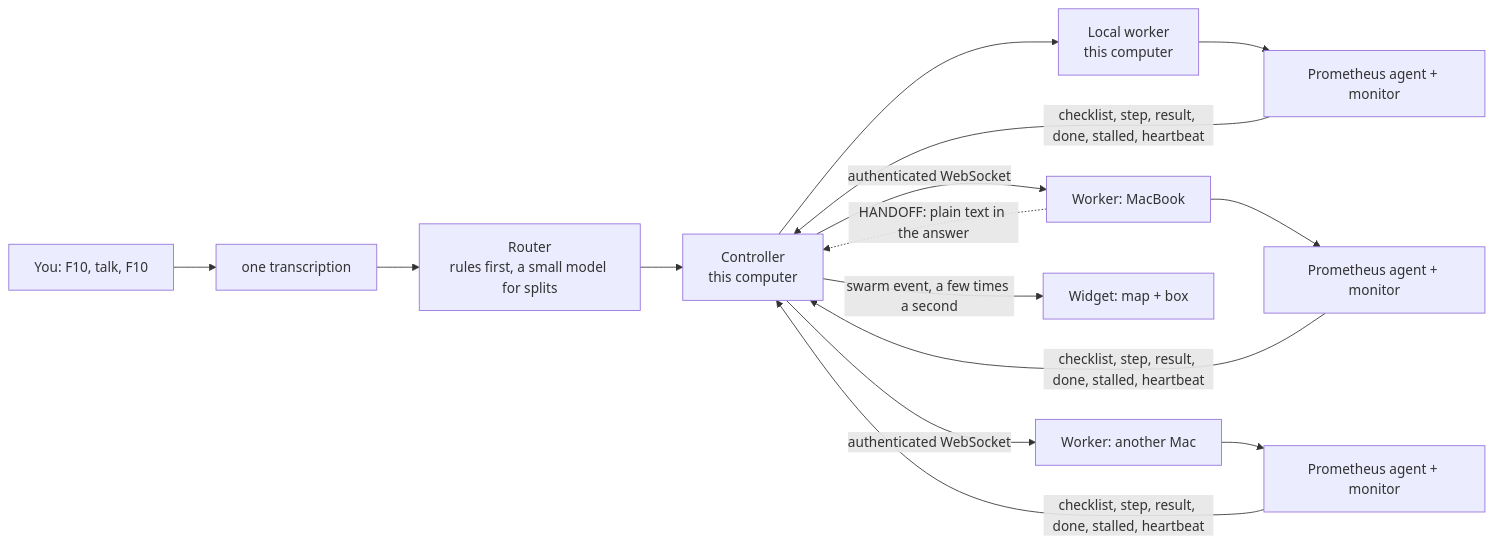
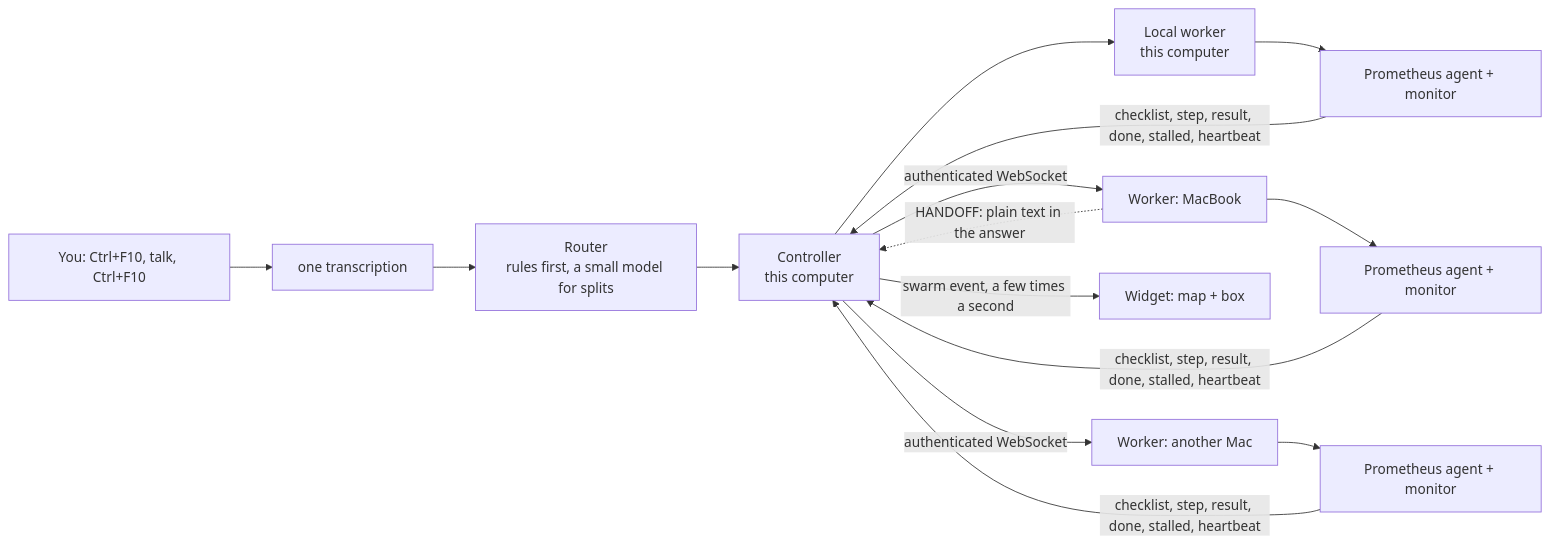
The diagram in README.md (siddh30/prometheus-voice-control), drawn with Mermaid before and after one commit. The commit also changed other lines of this file and 32 other files, not shown here.

````diff
--- a/README.md
+++ b/README.md
@@ -32,15 +32,15 @@
 ```mermaid
 flowchart LR
-    YOU["You: F10, talk, F10"] --> STT["one transcription"]
+    YOU["You: Ctrl+F10, talk, Ctrl+F10"] --> STT["one transcription"]
     STT --> ROUTER["Router<br/>rules first, a small model for splits"]
     ROUTER --> CTRL["Controller<br/>this computer"]
     CTRL --> L1["Local worker<br/>this computer"]
     CTRL -- "authenticated WebSocket" --> W2["Worker: MacBook"]
     CTRL -- "authenticated WebSocket" --> W3["Worker: another Mac"]
     L1 --> AG1["Prometheus agent + monitor"]
     W2 --> AG2["Prometheus agent + monitor"]
     W3 --> AG3["Prometheus agent + monitor"]
     AG1 & AG2 & AG3 -- "checklist, step, result, done, stalled, heartbeat" --> CTRL
     CTRL -- "swarm event, a few times a second" --> UI["Widget: map + box"]
     W2 -. "HANDOFF: plain text in the answer" .-> CTRL
 ```
````
